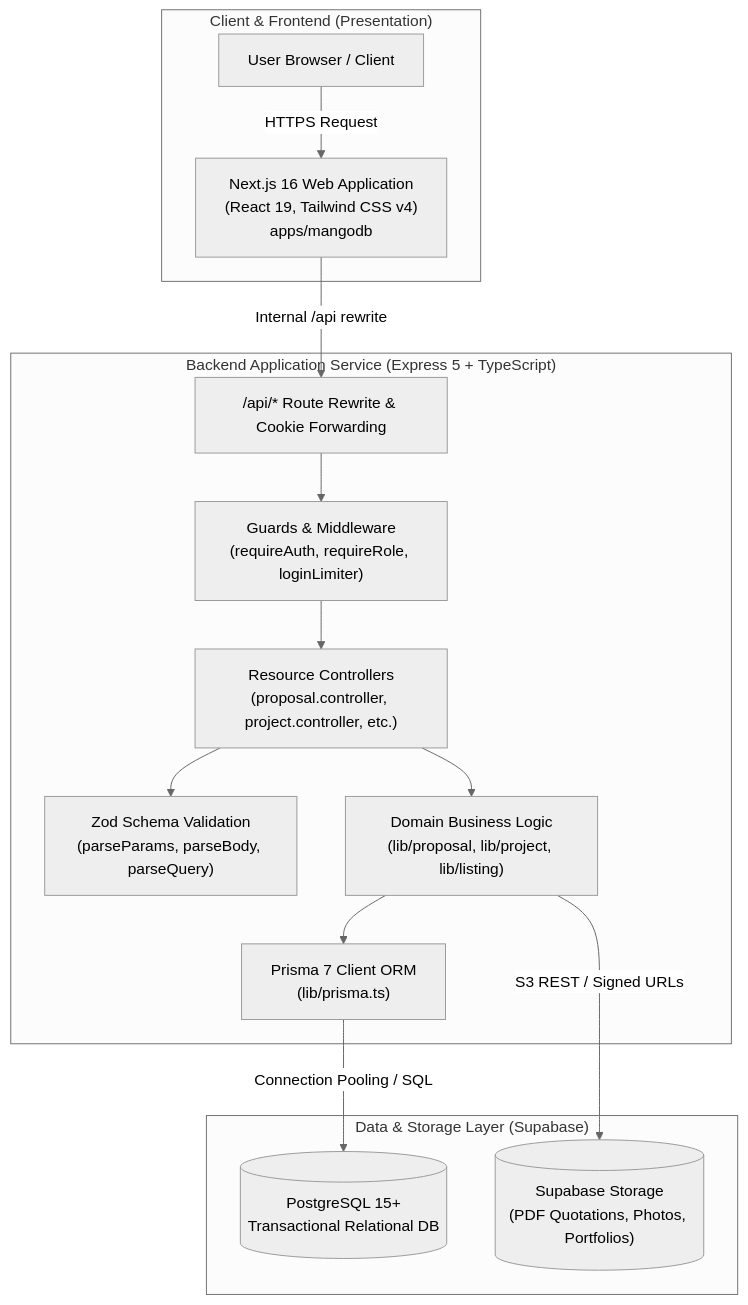
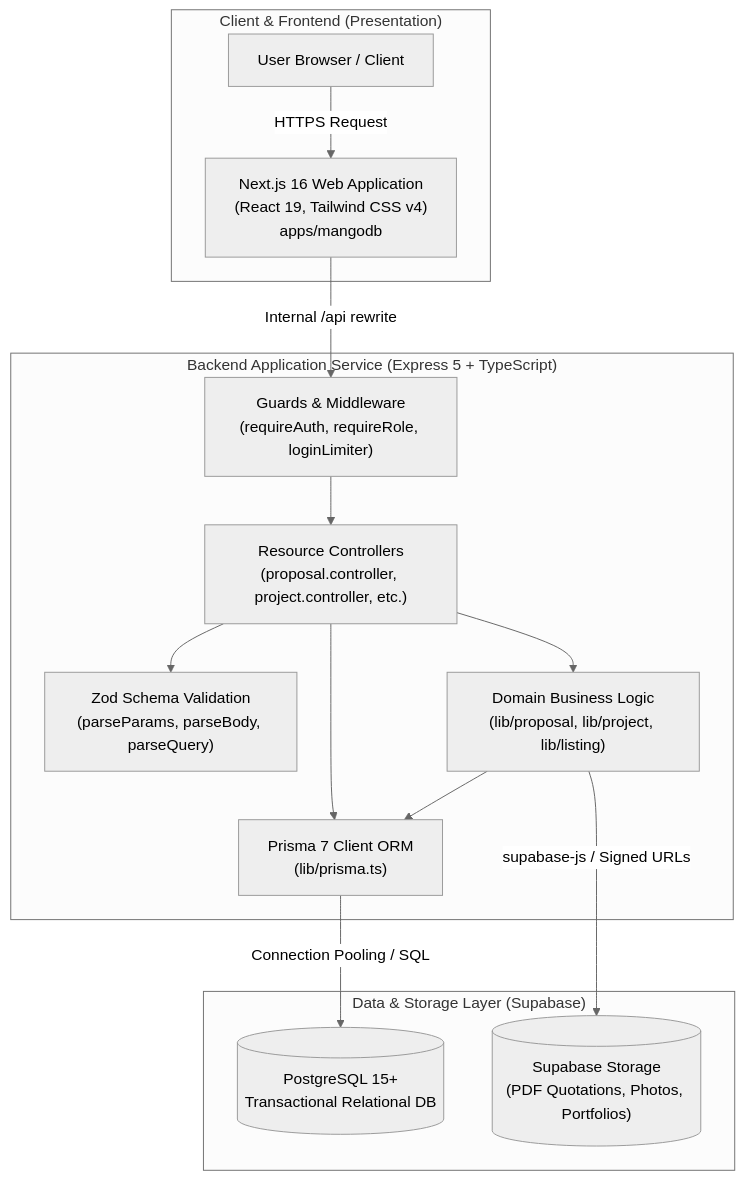
The diagram in docs/architecture/README.md (taofuuu/MangoDB), drawn with Mermaid (neutral theme) before and after one commit. The commit also changed other lines of this file, not shown here.

Commit message:
docs(api): refine architecture overview diagram and quality notes

````diff
--- a/docs/architecture/README.md
+++ b/docs/architecture/README.md
@@ -16,31 +16,30 @@
 ```mermaid
 flowchart TD
     subgraph ClientLayer ["Client & Frontend (Presentation)"]
         Browser["User Browser / Client"]
         NextApp["Next.js 16 Web Application\n(React 19, Tailwind CSS v4)\napps/mangodb"]
     end
 
     subgraph APILayer ["Backend Application Service (Express 5 + TypeScript)"]
-        ProxyRoute["/api/* Route Rewrite & Cookie Forwarding"]
         AuthGuards["Guards & Middleware\n(requireAuth, requireRole, loginLimiter)"]
         Controllers["Resource Controllers\n(proposal.controller, project.controller, etc.)"]
         Validation["Zod Schema Validation\n(parseParams, parseBody, parseQuery)"]
         DomainLib["Domain Business Logic\n(lib/proposal, lib/project, lib/listing)"]
         PrismaORM["Prisma 7 Client ORM\n(lib/prisma.ts)"]
     end
 
     subgraph DataStorage ["Data & Storage Layer (Supabase)"]
         Postgres[("PostgreSQL 15+\nTransactional Relational DB")]
         ObjectStore[("Supabase Storage\n(PDF Quotations, Photos, Portfolios)")]
     end
 
     Browser -->|HTTPS Request| NextApp
-    NextApp -->|Internal /api rewrite| ProxyRoute
-    ProxyRoute --> AuthGuards
+    NextApp -->|Internal /api rewrite| AuthGuards
     AuthGuards --> Controllers
     Controllers --> Validation
     Controllers --> DomainLib
+    Controllers --> PrismaORM
     DomainLib --> PrismaORM
     PrismaORM -->|Connection Pooling / SQL| Postgres
-    DomainLib -->|S3 REST / Signed URLs| ObjectStore
+    DomainLib -->|supabase-js / Signed URLs| ObjectStore
 ```
````
